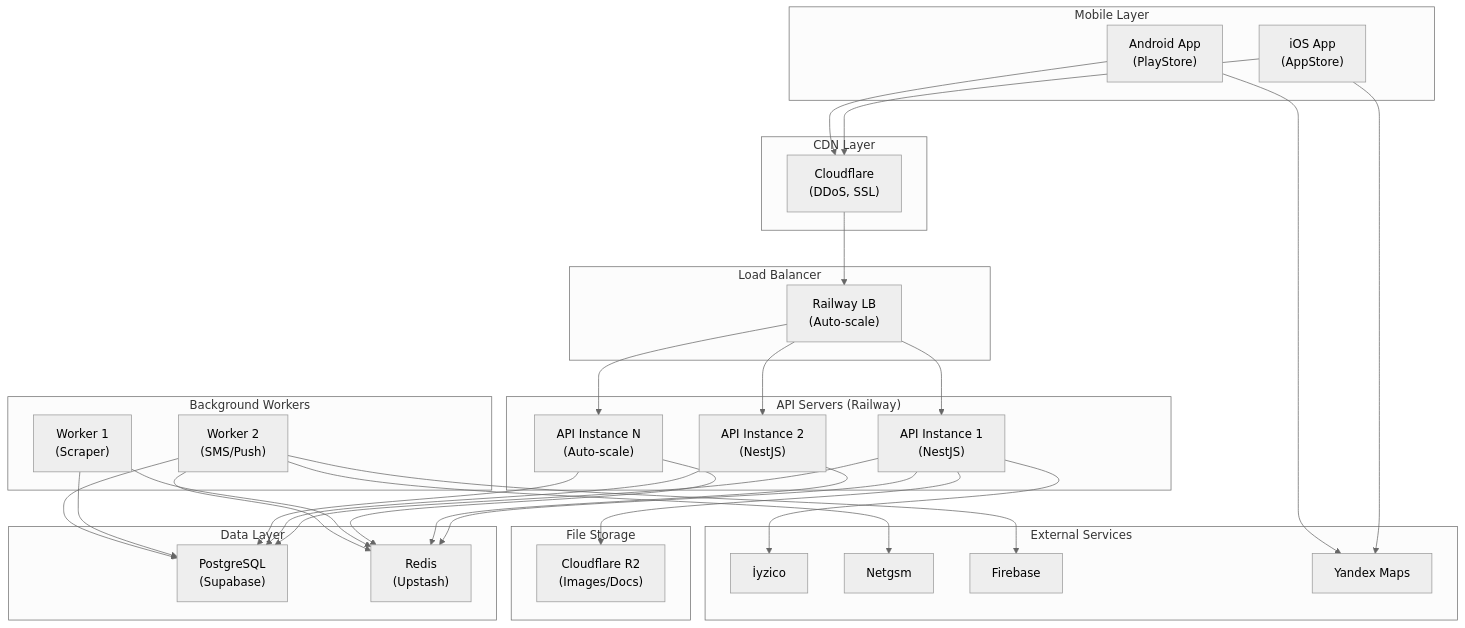
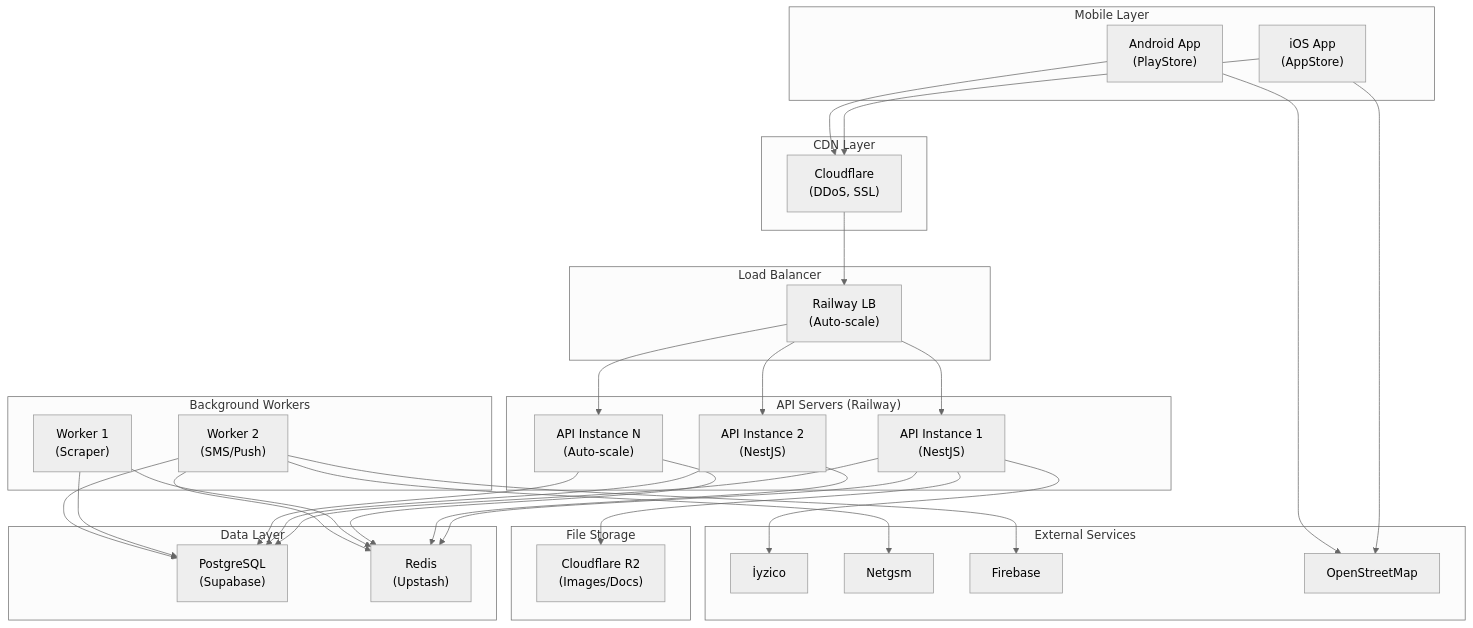
The fourth of 6 diagrams in docs/architecture/SYSTEM_ARCHITECTURE.md (Memedem1n/ridesharing-app), drawn with Mermaid (neutral theme) before and after one commit. The commit also changed other lines of this file and 749 other files, not shown here.

````diff
--- a/docs/architecture/SYSTEM_ARCHITECTURE.md
+++ b/docs/architecture/SYSTEM_ARCHITECTURE.md
@@ -109,69 +109,69 @@
 ```mermaid
 graph TB
     subgraph Mobile["Mobile Layer"]
         iOS["iOS App<br/>(AppStore)"]
         Android["Android App<br/>(PlayStore)"]
     end
     
     subgraph CDN["CDN Layer"]
         CF["Cloudflare<br/>(DDoS, SSL)"]
     end
     
     subgraph LoadBalancer["Load Balancer"]
         LB["Railway LB<br/>(Auto-scale)"]
     end
     
     subgraph APIServers["API Servers (Railway)"]
         API1["API Instance 1<br/>(NestJS)"]
         API2["API Instance 2<br/>(NestJS)"]
         API3["API Instance N<br/>(Auto-scale)"]
     end
     
     subgraph Workers["Background Workers"]
         Worker1["Worker 1<br/>(Scraper)"]
         Worker2["Worker 2<br/>(SMS/Push)"]
     end
     
     subgraph DataLayer["Data Layer"]
         PG["PostgreSQL<br/>(Supabase)"]
         Redis["Redis<br/>(Upstash)"]
     end
     
     subgraph Storage["File Storage"]
         R2["Cloudflare R2<br/>(Images/Docs)"]
     end
     
     subgraph External["External Services"]
         Iyzico["İyzico"]
         SMS["Netgsm"]
         FCM["Firebase"]
-        Maps["Yandex Maps"]
+        Maps["OpenStreetMap"]
     end
     
     iOS --> CF
     Android --> CF
     CF --> LB
     LB --> API1
     LB --> API2
     LB --> API3
     
     API1 --> PG
     API2 --> PG
     API3 --> PG
     
     API1 --> Redis
     API2 --> Redis
     API3 --> Redis
     
     Worker1 --> PG
     Worker2 --> PG
     Worker1 --> Redis
     Worker2 --> Redis
     
     API1 --> R2
     API1 --> Iyzico
     Worker2 --> SMS
     Worker2 --> FCM
     iOS --> Maps
     Android --> Maps
 ```
````
